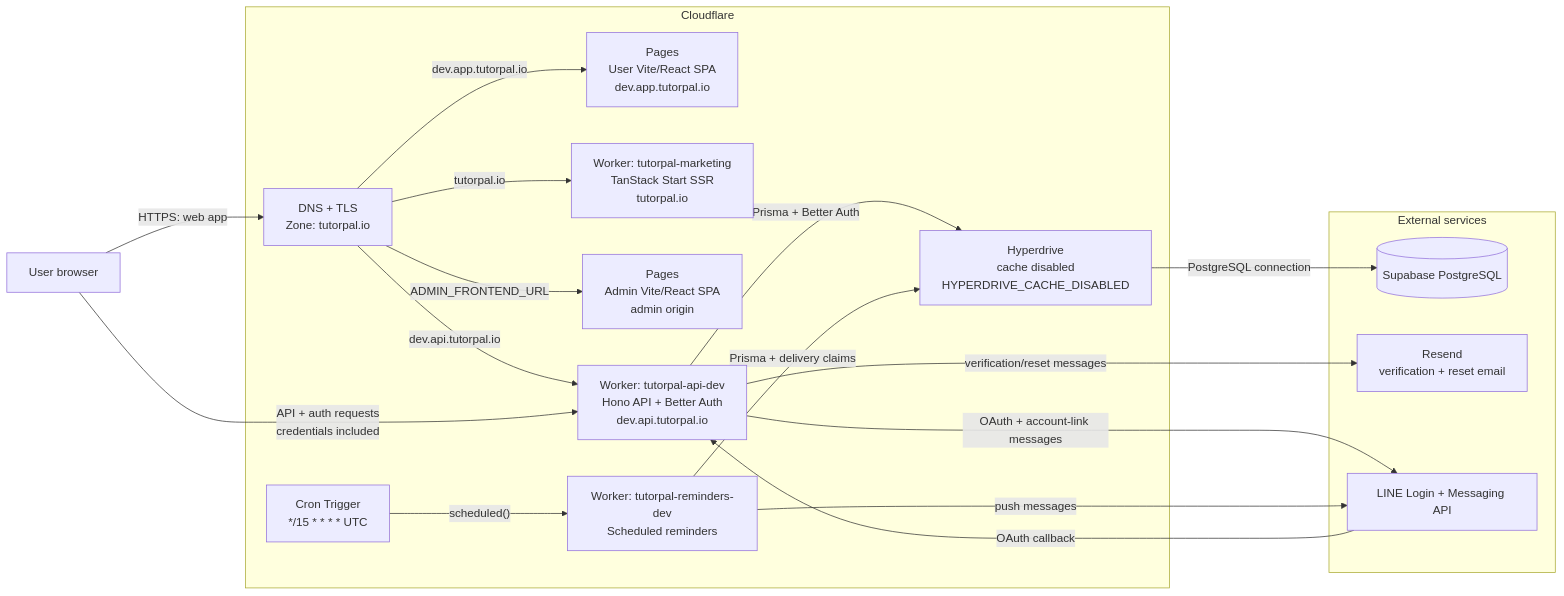
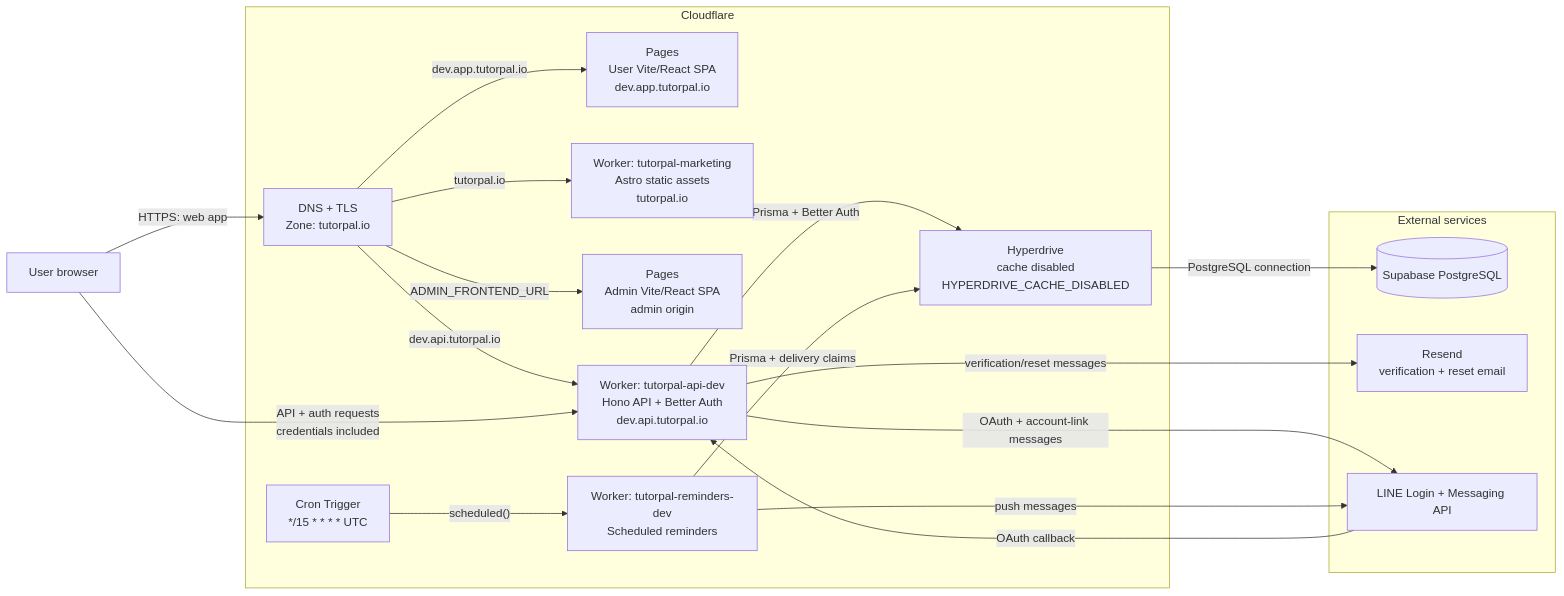
One commit to psatid/tutorpal changed the diagram in docs/infrastructure.md. Above: the diagram before and after it, drawn with Mermaid. The commit also changed other lines of this file and 49 other files, not shown here.

```diff
--- a/docs/infrastructure.md
+++ b/docs/infrastructure.md
@@ -24,36 +25,36 @@
 ~~~mermaid
 flowchart LR
     browser["User browser"]
 
     subgraph cf["Cloudflare"]
         dns["DNS + TLS<br/>Zone: tutorpal.io"]
         pages["Pages<br/>User Vite/React SPA<br/>dev.app.tutorpal.io"]
-        marketingWorker["Worker: tutorpal-marketing<br/>TanStack Start SSR<br/>tutorpal.io"]
+        marketingWorker["Worker: tutorpal-marketing<br/>Astro static assets<br/>tutorpal.io"]
         adminPages["Pages<br/>Admin Vite/React SPA<br/>admin origin"]
         apiWorker["Worker: tutorpal-api-dev<br/>Hono API + Better Auth<br/>dev.api.tutorpal.io"]
         reminderWorker["Worker: tutorpal-reminders-dev<br/>Scheduled reminders"]
         cron["Cron Trigger<br/>*/15 * * * * UTC"]
         hyperdrive["Hyperdrive<br/>cache disabled<br/>HYPERDRIVE_CACHE_DISABLED"]
     end
 
     subgraph external["External services"]
         postgres[("Supabase PostgreSQL")]
         resend["Resend<br/>verification + reset email"]
         line["LINE Login + Messaging API"]
     end
 
     browser -->|"HTTPS: web app"| dns
     dns -->|"tutorpal.io"| marketingWorker
     dns -->|"dev.app.tutorpal.io"| pages
     dns -->|"ADMIN_FRONTEND_URL"| adminPages
     dns -->|"dev.api.tutorpal.io"| apiWorker
     browser -->|"API + auth requests<br/>credentials included"| apiWorker
     cron -->|"scheduled()"| reminderWorker
     apiWorker -->|"Prisma + Better Auth"| hyperdrive
     reminderWorker -->|"Prisma + delivery claims"| hyperdrive
     hyperdrive -->|"PostgreSQL connection"| postgres
     apiWorker -->|"verification/reset messages"| resend
     apiWorker -->|"OAuth + account-link messages"| line
     reminderWorker -->|"push messages"| line
     line -->|"OAuth callback"| apiWorker
 ~~~
```
